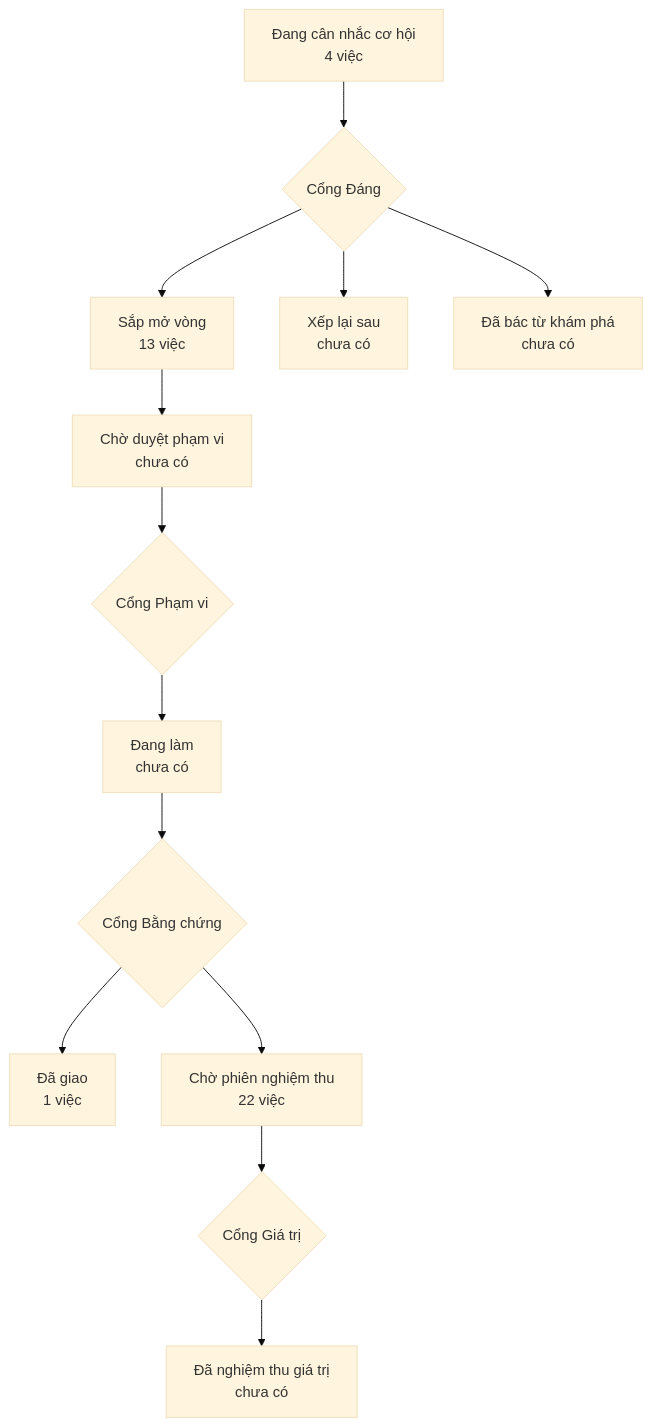
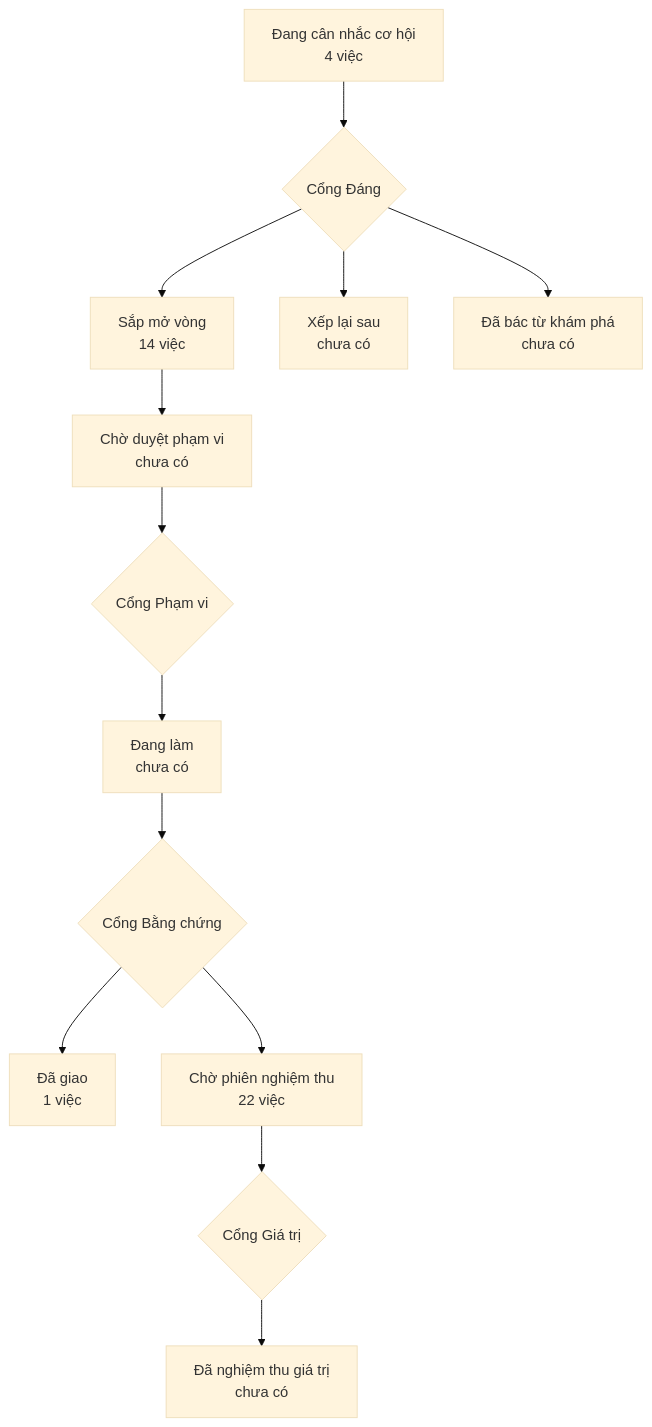
The diagram in PRODUCT-MAP.md (phanlemanh/onehub-inventory), drawn with Mermaid (base theme) before and after one commit. The commit also changed other lines of this file and 1 other file, not shown here.

Commit message:
chore(plan): regenerate product map and roadmap after row 7e

````diff
--- a/PRODUCT-MAP.md
+++ b/PRODUCT-MAP.md
@@ -7,12 +7,12 @@
 ```mermaid
 flowchart TD
   A["Đang cân nhắc cơ hội<br/>4 việc"] --> GD{"Cổng Đáng"}
-  GD --> B["Sắp mở vòng<br/>13 việc"]
+  GD --> B["Sắp mở vòng<br/>14 việc"]
   GD --> XL["Xếp lại sau<br/>chưa có"]
   GD --> DB["Đã bác từ khám phá<br/>chưa có"]
   B --> CD["Chờ duyệt phạm vi<br/>chưa có"] --> GP{"Cổng Phạm vi"}
   GP --> DL["Đang làm<br/>chưa có"] --> GB{"Cổng Bằng chứng"}
   GB --> DG["Đã giao<br/>1 việc"]
   GB --> CN["Chờ phiên nghiệm thu<br/>22 việc"] --> GG{"Cổng Giá trị"}
   GG --> NT["Đã nghiệm thu giá trị<br/>chưa có"]
 ```
````
